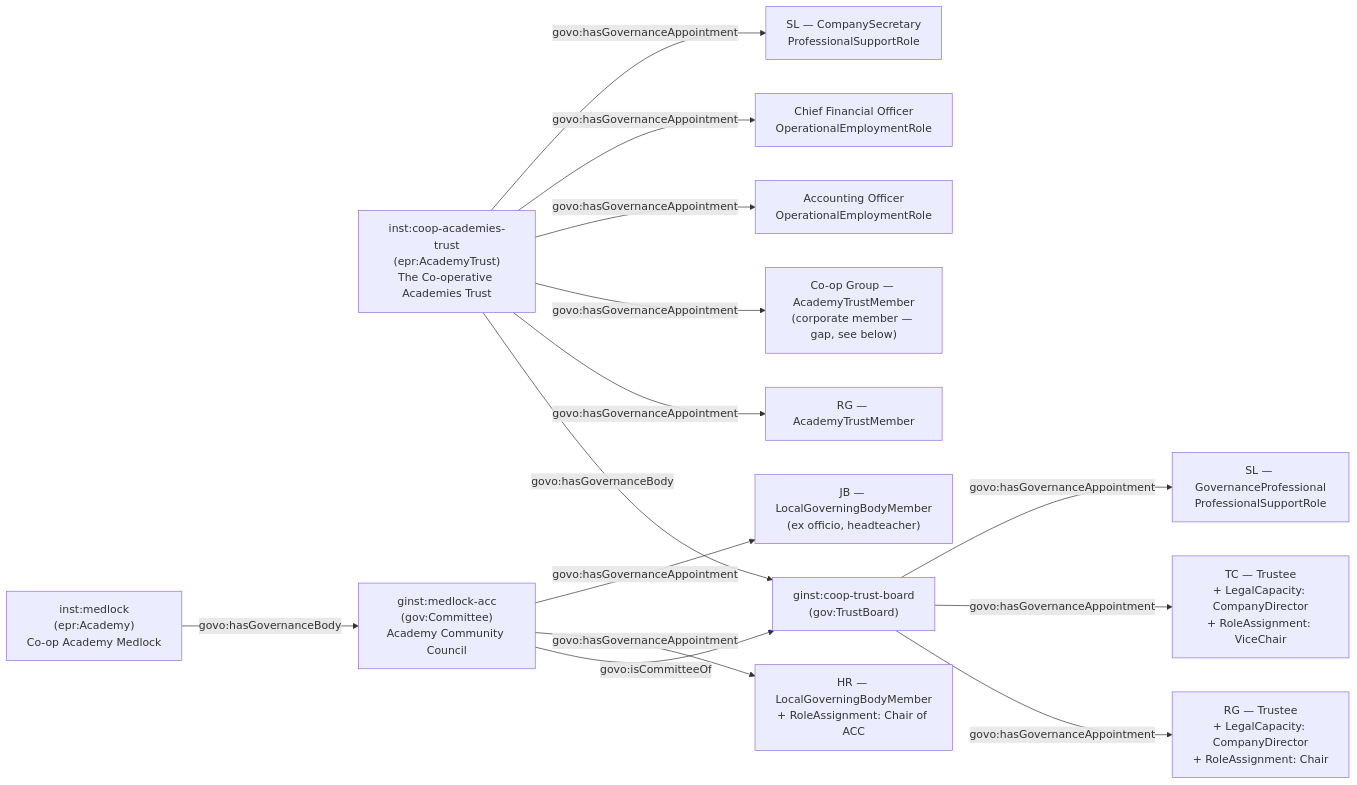
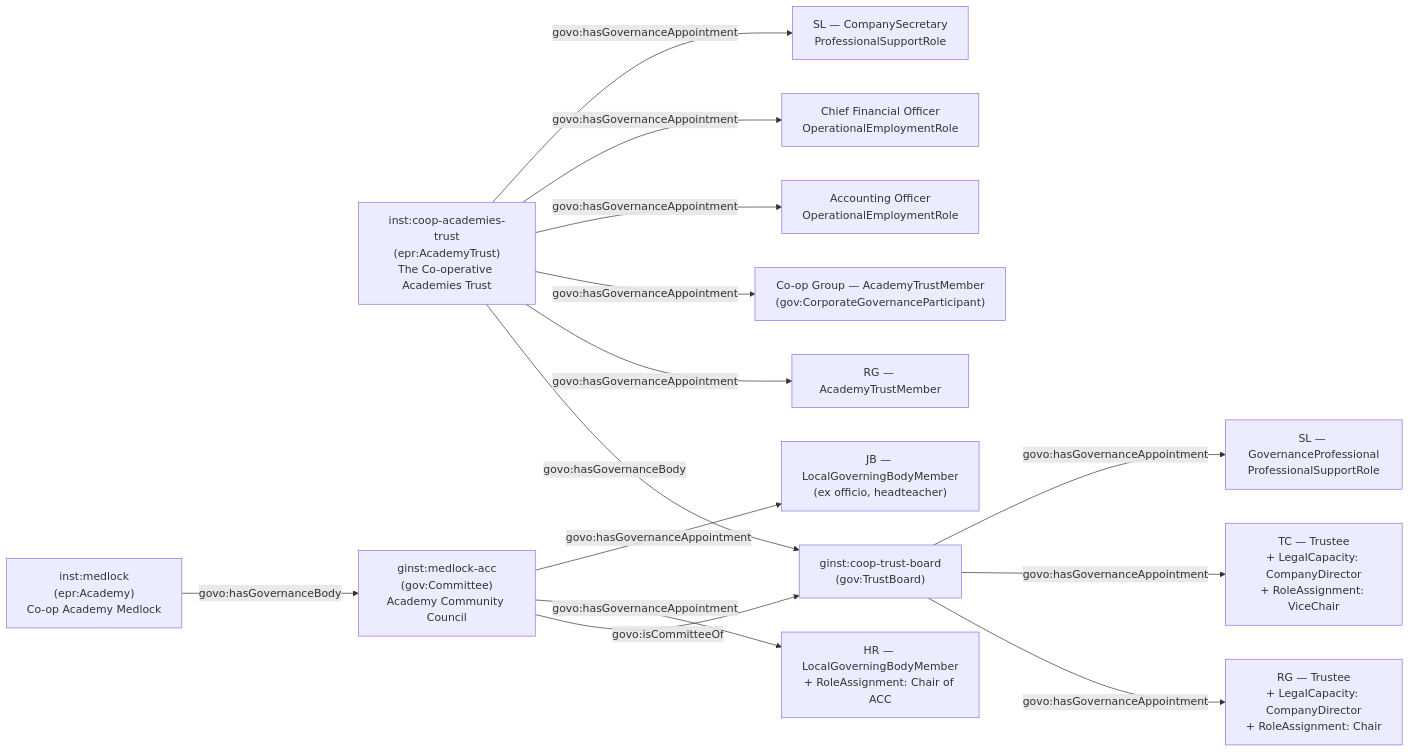
Before and after one commit to DFE-Digital/education-provider-registry-docs: the second of 2 diagrams in docs-site/content/models/governance/worked-examples/medlock-mat/index.md, drawn with Mermaid. The commit also changed other lines of this file and 2 other files, not shown here.

Commit message:
governance ont

````diff
--- a/docs-site/content/models/governance/worked-examples/medlock-mat/index.md
+++ b/docs-site/content/models/governance/worked-examples/medlock-mat/index.md
@@ -90,25 +90,25 @@
 ```mermaid
 flowchart LR
     AT["inst:coop-academies-trust<br/>(epr:AcademyTrust)<br/>The Co-operative Academies Trust"]
     MED["inst:medlock<br/>(epr:Academy)<br/>Co-op Academy Medlock"]
     TB["ginst:coop-trust-board<br/>(gov:TrustBoard)"]
     ACC["ginst:medlock-acc<br/>(gov:Committee)<br/>Academy Community Council"]
 
     AT -->|govo:hasGovernanceBody| TB
     ACC -->|govo:isCommitteeOf| TB
     MED -->|govo:hasGovernanceBody| ACC
 
     AT -->|govo:hasGovernanceAppointment| M1["RG — AcademyTrustMember"]
-    AT -->|govo:hasGovernanceAppointment| M2["Co-op Group — AcademyTrustMember<br/>(corporate member — gap, see below)"]
+    AT -->|govo:hasGovernanceAppointment| M2["Co-op Group — AcademyTrustMember<br/>(gov:CorporateGovernanceParticipant)"]
 
     TB -->|govo:hasGovernanceAppointment| T1["RG — Trustee<br/>+ LegalCapacity: CompanyDirector<br/>+ RoleAssignment: Chair"]
     TB -->|govo:hasGovernanceAppointment| T2["TC — Trustee<br/>+ LegalCapacity: CompanyDirector<br/>+ RoleAssignment: ViceChair"]
 
     ACC -->|govo:hasGovernanceAppointment| C1["HR — LocalGoverningBodyMember<br/>+ RoleAssignment: Chair of ACC"]
     ACC -->|govo:hasGovernanceAppointment| C2["JB — LocalGoverningBodyMember<br/>(ex officio, headteacher)"]
 
     AT -->|govo:hasGovernanceAppointment| O1["Accounting Officer<br/>OperationalEmploymentRole"]
     AT -->|govo:hasGovernanceAppointment| O2["Chief Financial Officer<br/>OperationalEmploymentRole"]
     TB -->|govo:hasGovernanceAppointment| P1["SL — GovernanceProfessional<br/>ProfessionalSupportRole"]
     AT -->|govo:hasGovernanceAppointment| P2["SL — CompanySecretary<br/>ProfessionalSupportRole"]
 ```
````
